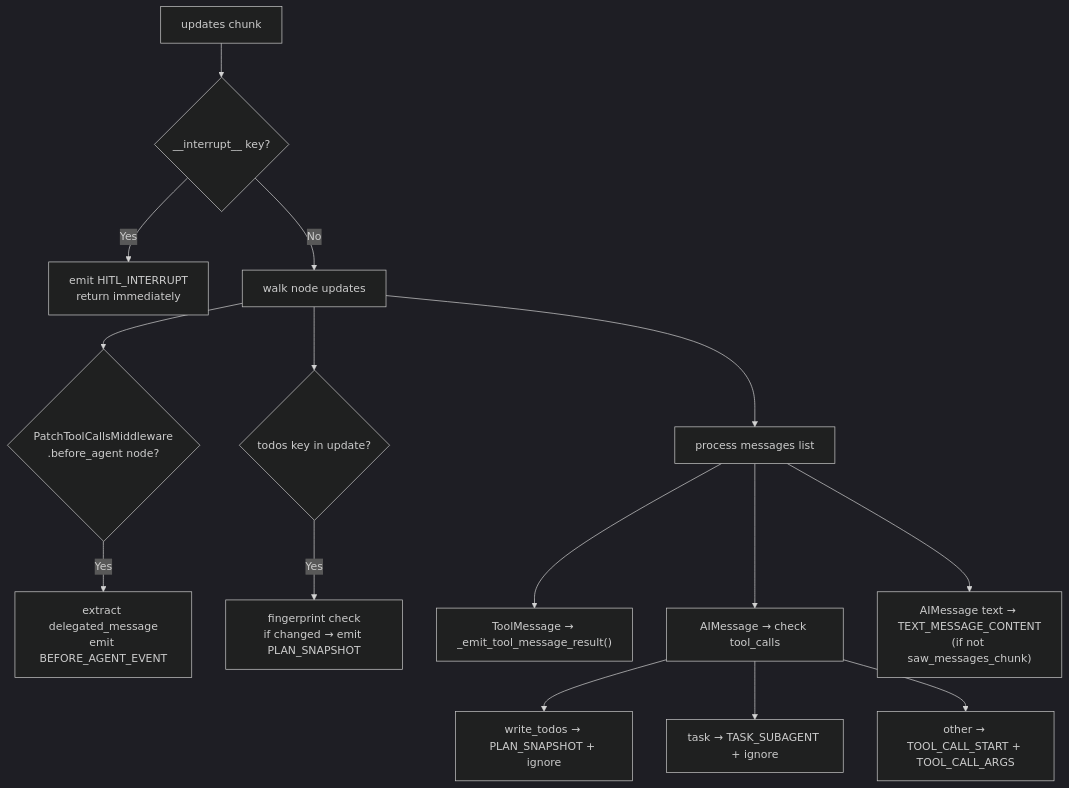
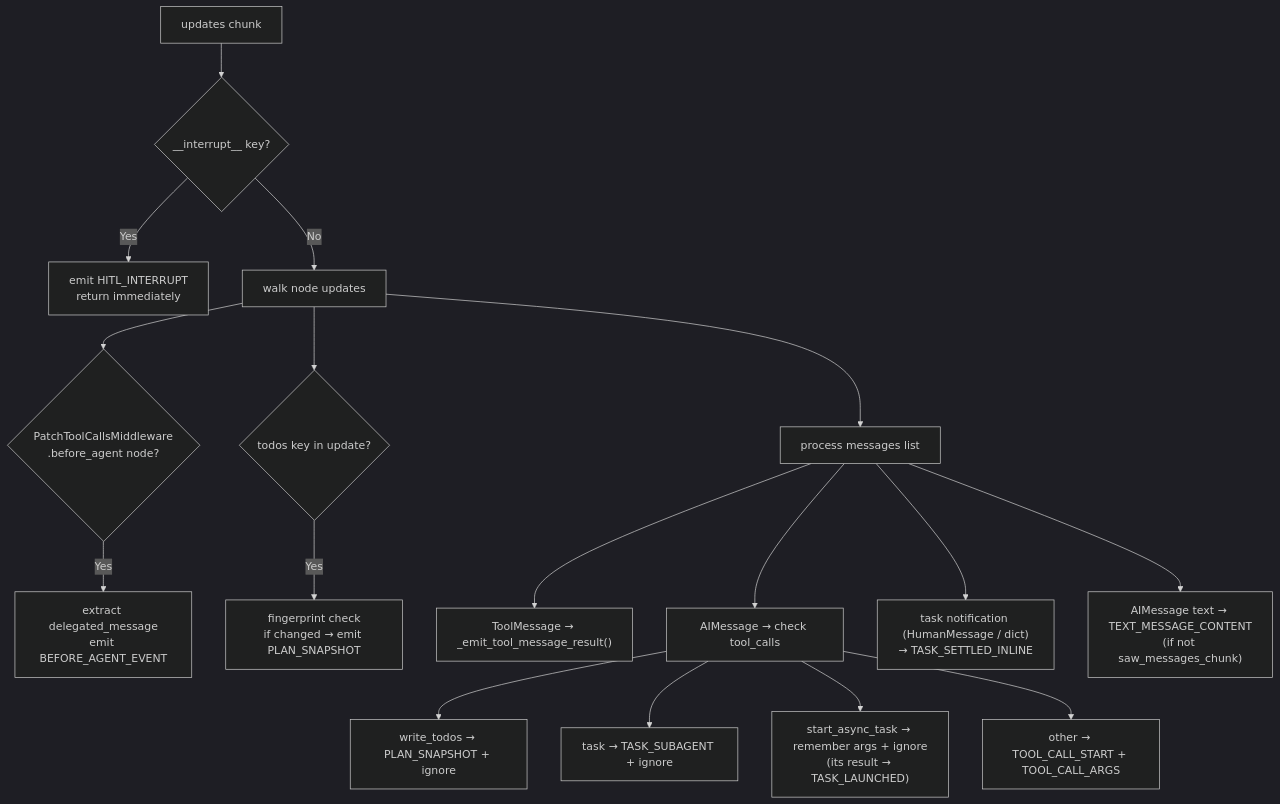
One commit to konstantinosmpouros/mAgenticX changed the fourth of 10 diagrams in docs/development/agui-protocol.md. Above: the diagram before and after it, drawn with Mermaid (dark theme). The commit also changed other lines of this file and 159 other files, not shown here.

````diff
--- a/docs/development/agui-protocol.md
+++ b/docs/development/agui-protocol.md
@@ -323,17 +325,19 @@
 ```mermaid
 flowchart TD
     A["updates chunk"] --> B{__interrupt__ key?}
     B -->|Yes| C["emit HITL_INTERRUPT<br/>return immediately"]
     B -->|No| D["walk node updates"]
     D --> E{PatchToolCallsMiddleware<br/>.before_agent node?}
     E -->|Yes| F["extract delegated_message<br/>emit BEFORE_AGENT_EVENT"]
     D --> G{"todos" key in update?}
     G -->|Yes| H["fingerprint check<br/>if changed → emit PLAN_SNAPSHOT"]
     D --> I["process messages list"]
     I --> J["ToolMessage → _emit_tool_message_result()"]
     I --> K["AIMessage → check tool_calls"]
     K --> L["write_todos → PLAN_SNAPSHOT + ignore"]
     K --> M["task → TASK_SUBAGENT + ignore"]
+    K --> M2["start_async_task → remember args + ignore<br/>(its result → TASK_LAUNCHED)"]
+    I --> M3["task notification (HumanMessage / dict)<br/>→ TASK_SETTLED_INLINE"]
     K --> N["other → TOOL_CALL_START + TOOL_CALL_ARGS"]
     I --> O["AIMessage text → TEXT_MESSAGE_CONTENT<br/>(if not saw_messages_chunk)"]
 ```
````
